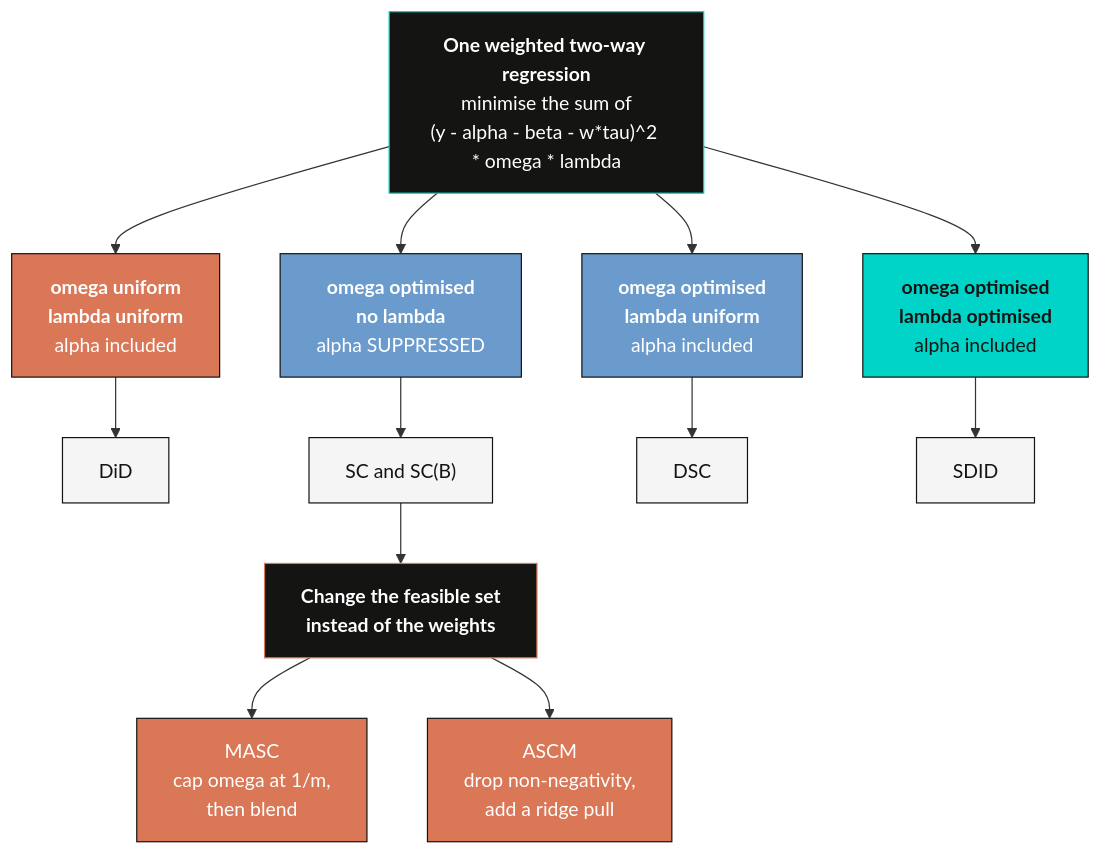
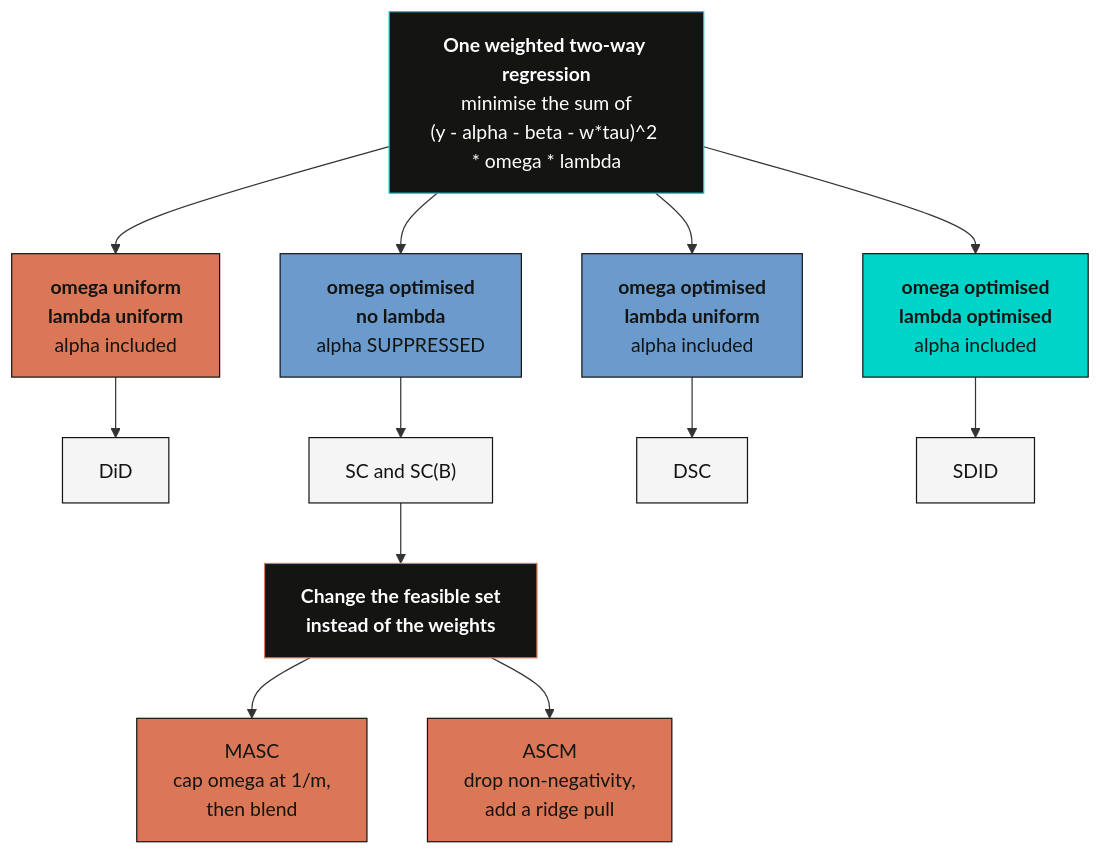
Before and after one commit to cmg777/starter-academic-v501: the second of 4 diagrams in content/post/r_sc_dsc_sdid/index.md, drawn with Mermaid. The commit also changed other lines of this file and 67 other files, not shown here.

First line of the commit message:
fix(mermaid): readable diagram text in both themes across the site

````diff
--- a/content/post/r_sc_dsc_sdid/index.md
+++ b/content/post/r_sc_dsc_sdid/index.md
@@ -439,27 +442,27 @@
 ```mermaid
 graph TD
     OBJ["<b>One weighted two-way regression</b><br/>minimise the sum of<br/>(y - alpha - beta - w*tau)^2 * omega * lambda"]
     OBJ --> A["<b>omega uniform</b><br/><b>lambda uniform</b><br/>alpha included"]
     OBJ --> B["<b>omega optimised</b><br/><b>no lambda</b><br/>alpha SUPPRESSED"]
     OBJ --> C["<b>omega optimised</b><br/><b>lambda uniform</b><br/>alpha included"]
     OBJ --> E["<b>omega optimised</b><br/><b>lambda optimised</b><br/>alpha included"]
     A --> A1["DiD"]
     B --> B1["SC and SC(B)"]
     C --> C1["DSC"]
     E --> E1["SDID"]
     B1 --> F["<b>Change the feasible set<br/>instead of the weights</b>"]
     F --> F1["MASC<br/>cap omega at 1/m,<br/>then blend"]
     F --> F2["ASCM<br/>drop non-negativity,<br/>add a ridge pull"]
     style OBJ fill:#141413,stroke:#00d4c8,color:#fff
-    style A fill:#d97757,stroke:#141413,color:#fff
-    style B fill:#6a9bcc,stroke:#141413,color:#fff
-    style C fill:#6a9bcc,stroke:#141413,color:#fff
+    style A fill:#d97757,stroke:#141413,color:#141413
+    style B fill:#6a9bcc,stroke:#141413,color:#141413
+    style C fill:#6a9bcc,stroke:#141413,color:#141413
     style E fill:#00d4c8,stroke:#141413,color:#141413
     style A1 fill:#f5f5f5,stroke:#141413,color:#141413
     style B1 fill:#f5f5f5,stroke:#141413,color:#141413
     style C1 fill:#f5f5f5,stroke:#141413,color:#141413
     style E1 fill:#f5f5f5,stroke:#141413,color:#141413
     style F fill:#141413,stroke:#d97757,color:#fff
-    style F1 fill:#d97757,stroke:#141413,color:#fff
-    style F2 fill:#d97757,stroke:#141413,color:#fff
+    style F1 fill:#d97757,stroke:#141413,color:#141413
+    style F2 fill:#d97757,stroke:#141413,color:#141413
 ```
````
